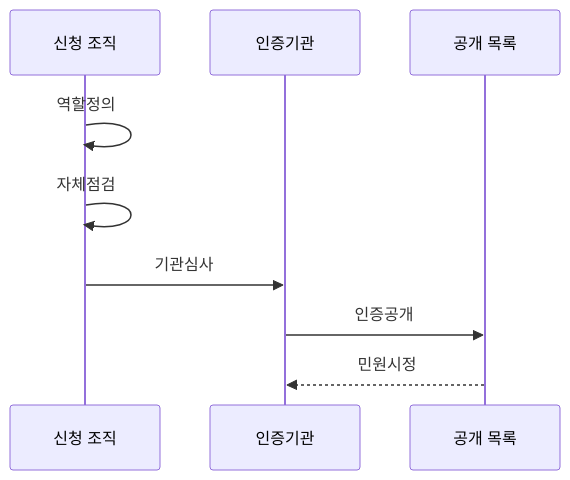
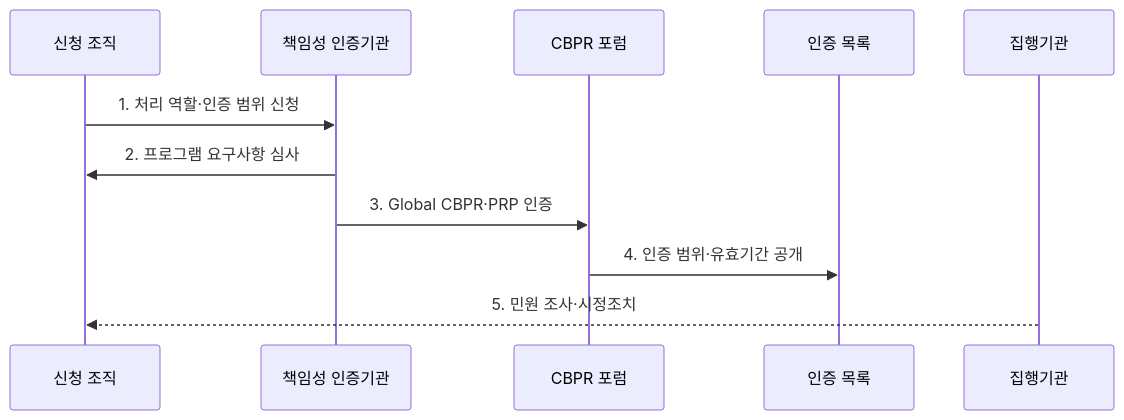
One commit to agnusdei1207/knowledge-base changed the second of 2 diagrams in src/content/docs/notes/05-security/102_cbpr_cross_border_privacy_rules.md. Above: the diagram before and after it, drawn with Mermaid. The commit also changed other lines of this file and 6 other files, not shown here.

````diff
--- a/src/content/docs/notes/05-security/102_cbpr_cross_border_privacy_rules.md
+++ b/src/content/docs/notes/05-security/102_cbpr_cross_border_privacy_rules.md
@@ -74,11 +76,13 @@
 ```mermaid
 sequenceDiagram
   participant O as 신청 조직
-  participant A as 인증기관
-  participant D as 공개 목록
-  O->>O: 역할정의
-  O->>O: 자체점검
-  O->>A: 기관심사
-  A->>D: 인증공개
-  D-->>A: 민원시정
+  participant A as 책임성 인증기관
+  participant F as CBPR 포럼
+  participant D as 인증 목록
+  participant E as 집행기관
+  O->>A: 1. 처리 역할·인증 범위 신청
+  A->>O: 2. 프로그램 요구사항 심사
+  A->>F: 3. Global CBPR·PRP 인증
+  F->>D: 4. 인증 범위·유효기간 공개
+  E-->>O: 5. 민원 조사·시정조치
 ```
````
